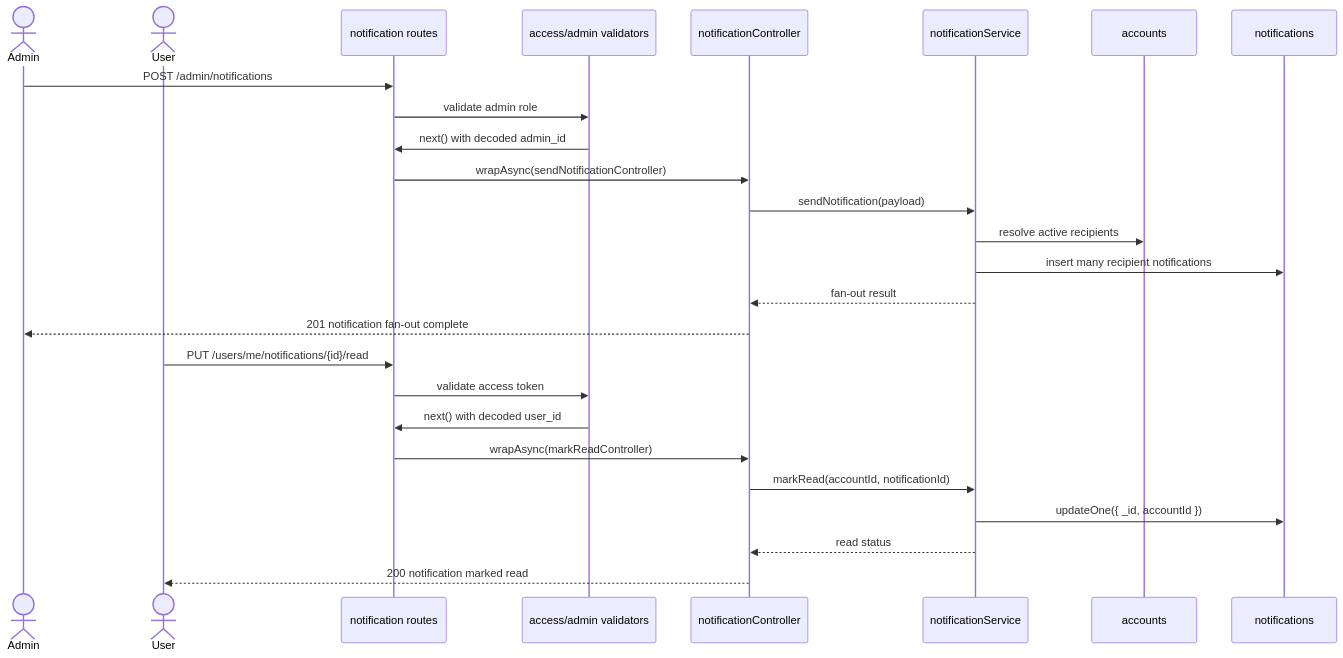
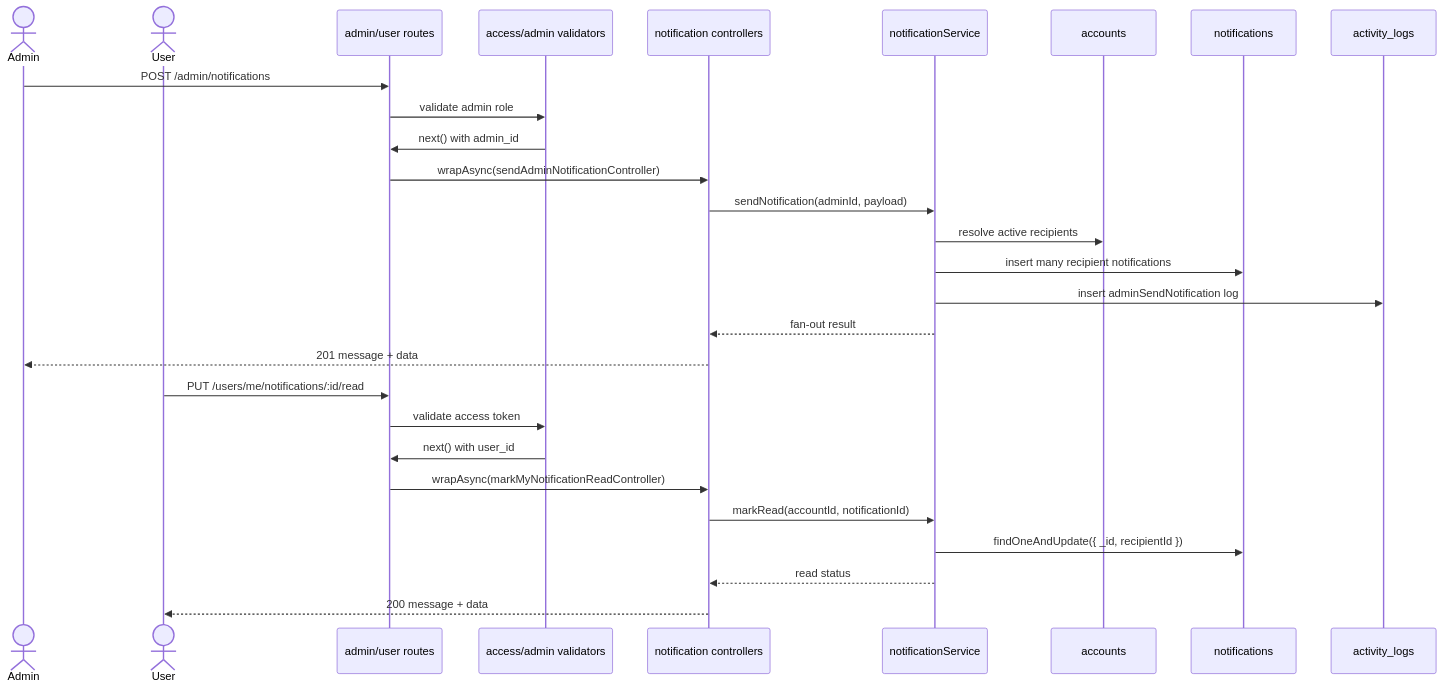
The diagram in docs/endpoint-flows/09-notifications.md (Hiamoutgame/AI-Study-Hub), drawn with Mermaid before and after one commit. The commit also changed other lines of this file and 62 other files, not shown here.

````diff
--- a/docs/endpoint-flows/09-notifications.md
+++ b/docs/endpoint-flows/09-notifications.md
@@ -31,30 +44,32 @@
 ```mermaid
 sequenceDiagram
   actor Admin
   actor User
-  participant Route as notification routes
+  participant Route as admin/user routes
   participant Auth as access/admin validators
-  participant Controller as notificationController
+  participant Controller as notification controllers
   participant Service as notificationService
   participant Accounts as accounts
   participant Notifications as notifications
+  participant Logs as activity_logs
 
   Admin->>Route: POST /admin/notifications
   Route->>Auth: validate admin role
-  Auth->>Route: next() with decoded admin_id
-  Route->>Controller: wrapAsync(sendNotificationController)
-  Controller->>Service: sendNotification(payload)
+  Auth->>Route: next() with admin_id
+  Route->>Controller: wrapAsync(sendAdminNotificationController)
+  Controller->>Service: sendNotification(adminId, payload)
   Service->>Accounts: resolve active recipients
   Service->>Notifications: insert many recipient notifications
+  Service->>Logs: insert adminSendNotification log
   Service-->>Controller: fan-out result
-  Controller-->>Admin: 201 notification fan-out complete
+  Controller-->>Admin: 201 message + data
 
-  User->>Route: PUT /users/me/notifications/{id}/read
+  User->>Route: PUT /users/me/notifications/:id/read
   Route->>Auth: validate access token
-  Auth->>Route: next() with decoded user_id
-  Route->>Controller: wrapAsync(markReadController)
+  Auth->>Route: next() with user_id
+  Route->>Controller: wrapAsync(markMyNotificationReadController)
   Controller->>Service: markRead(accountId, notificationId)
-  Service->>Notifications: updateOne({ _id, accountId })
+  Service->>Notifications: findOneAndUpdate({ _id, recipientId })
   Service-->>Controller: read status
-  Controller-->>User: 200 notification marked read
+  Controller-->>User: 200 message + data
 ```
````
